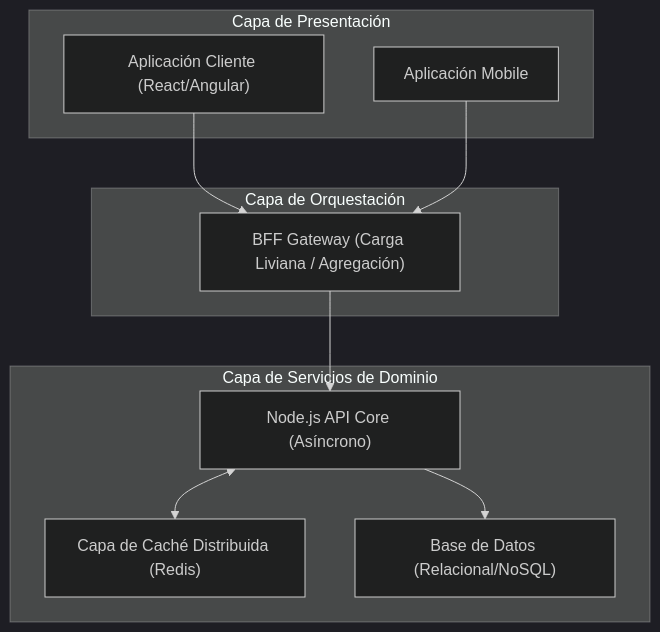
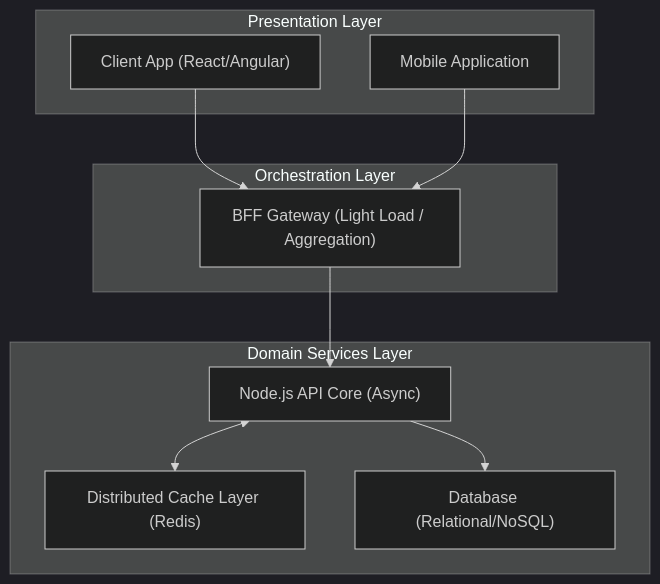
Before and after one commit to beyondnetcode/arc32_nodejs_progresive_monolith: the second of 2 diagrams in arc-nodejs-workspace/docs/02-architecture/reference-architecture-nodejs-arc42.md, drawn with Mermaid (dark theme). The commit also changed other lines of this file and 2 other files, not shown here.

````diff
--- a/arc-nodejs-workspace/docs/02-architecture/reference-architecture-nodejs-arc42.md
+++ b/arc-nodejs-workspace/docs/02-architecture/reference-architecture-nodejs-arc42.md
@@ -85,23 +85,23 @@
 ```mermaid
 graph TD
-    subgraph Clients["Capa de Presentación"]
-        FrontApp["Aplicación Cliente (React/Angular)"]
-        MobileApp["Aplicación Mobile"]
+    subgraph Clients["Presentation Layer"]
+        FrontApp["Client App (React/Angular)"]
+        MobileApp["Mobile Application"]
     end
 
-    subgraph GatewayLayer["Capa de Orquestación"]
-        BFF["BFF Gateway (Carga Liviana / Agregación)"]
+    subgraph GatewayLayer["Orchestration Layer"]
+        BFF["BFF Gateway (Light Load / Aggregation)"]
     end
 
-    subgraph CoreServices["Capa de Servicios de Dominio"]
-        NodeAPI["Node.js API Core (Asíncrono)"]
-        FastCache["Capa de Caché Distribuida (Redis)"]
-        MainDB["Base de Datos (Relacional/NoSQL)"]
+    subgraph CoreServices["Domain Services Layer"]
+        NodeAPI["Node.js API Core (Async)"]
+        FastCache["Distributed Cache Layer (Redis)"]
+        MainDB["Database (Relational/NoSQL)"]
     end
 
     FrontApp --> BFF
     MobileApp --> BFF
     BFF --> NodeAPI
     NodeAPI --> MainDB
     NodeAPI <--> FastCache
 ```
````
